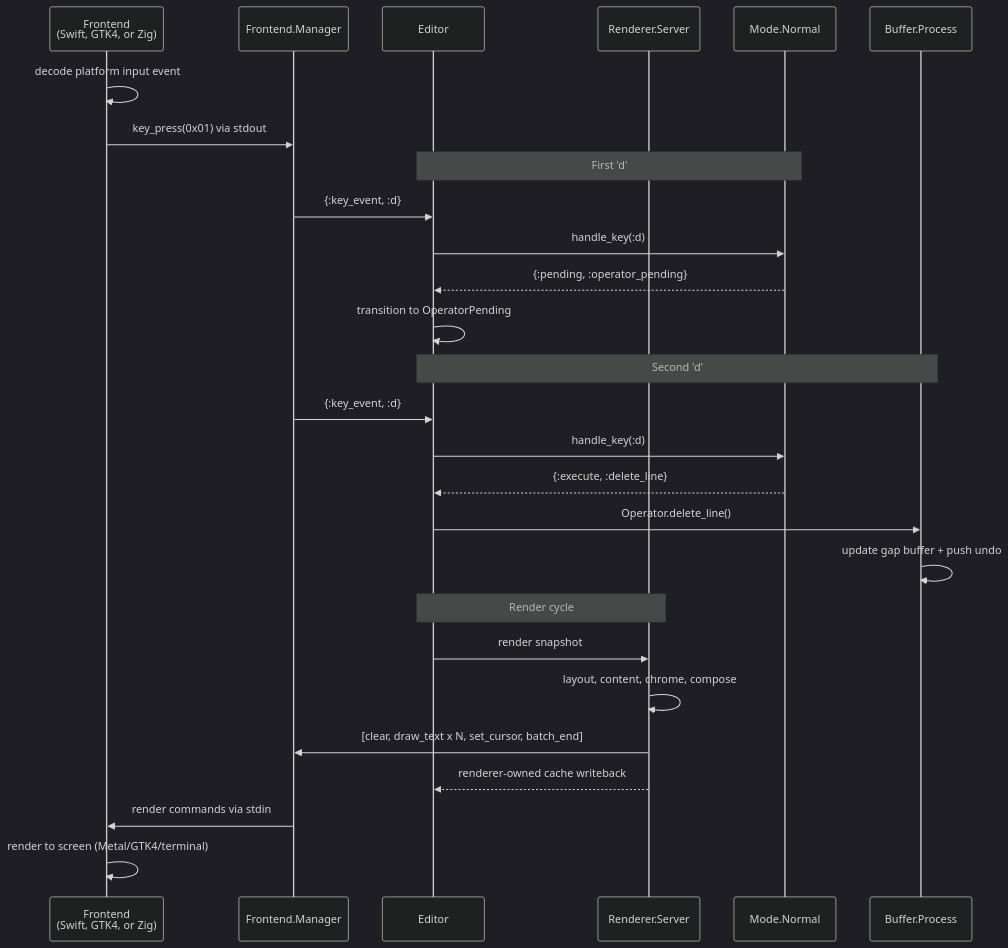
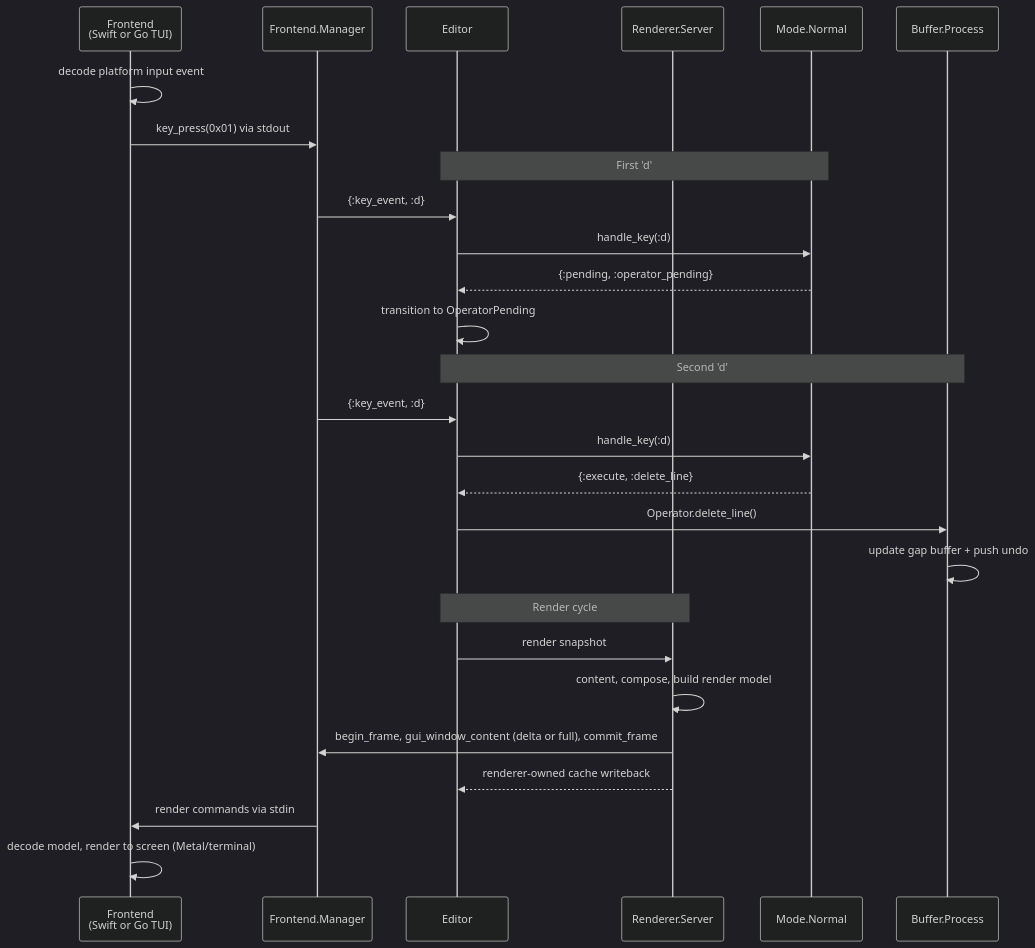
One commit to jsmestad/minga changed the eighth of 10 diagrams in docs/ARCHITECTURE.md. Above: the diagram before and after it, drawn with Mermaid (dark theme). The commit also changed other lines of this file and 1 other file, not shown here.

First line of the commit message:
docs: ARCHITECTURE.md matches the shipped rendering and latency reality

````diff
--- a/docs/ARCHITECTURE.md
+++ b/docs/ARCHITECTURE.md
@@ -384,33 +432,33 @@
 ```mermaid
 sequenceDiagram
-    participant FE as Frontend<br/>(Swift, GTK4, or Zig)
+    participant FE as Frontend<br/>(Swift or Go TUI)
     participant PM as Frontend.Manager
     participant Ed as Editor
     participant Render as Renderer.Server
     participant Mode as Mode.Normal
     participant Buf as Buffer.Process
 
     FE->>FE: decode platform input event
     FE->>PM: key_press(0x01) via stdout
 
     Note over Ed,Mode: First 'd'
     PM->>Ed: {:key_event, :d}
     Ed->>Mode: handle_key(:d)
     Mode-->>Ed: {:pending, :operator_pending}
     Ed->>Ed: transition to OperatorPending
 
     Note over Ed,Buf: Second 'd'
     PM->>Ed: {:key_event, :d}
     Ed->>Mode: handle_key(:d)
     Mode-->>Ed: {:execute, :delete_line}
     Ed->>Buf: Operator.delete_line()
     Buf->>Buf: update gap buffer + push undo
 
     Note over Ed,Render: Render cycle
     Ed->>Render: render snapshot
-    Render->>Render: layout, content, chrome, compose
-    Render->>PM: [clear, draw_text x N, set_cursor, batch_end]
+    Render->>Render: content, compose, build render model
+    Render->>PM: begin_frame, gui_window_content (delta or full), commit_frame
     Render-->>Ed: renderer-owned cache writeback
     PM->>FE: render commands via stdin
-    FE->>FE: render to screen (Metal/GTK4/terminal)
+    FE->>FE: decode model, render to screen (Metal/terminal)
 ```
````
